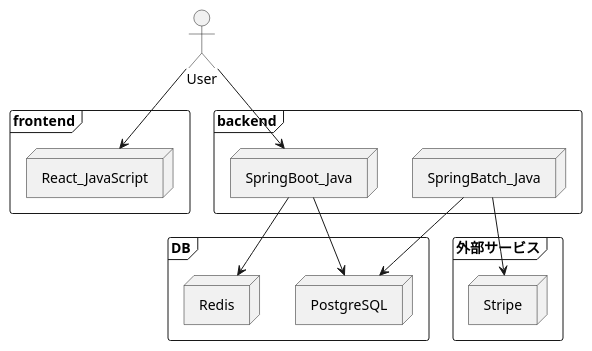
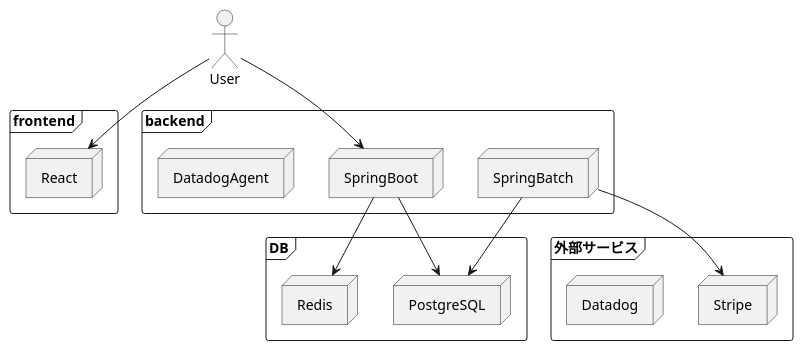
Before and after one commit to TAKAHIRO-03/GoodHabits_doc: the second of 2 diagrams in BD/bd.md, drawn with PlantUML. The commit also changed other lines of this file, not shown here.

````diff
--- a/BD/bd.md
+++ b/BD/bd.md
@@ -165,28 +172,30 @@
 ```plantuml
 actor User
 
 frame frontend {
-  node React_JavaScript
+  node React
 }
 
 frame backend {
-  node SpringBoot_Java
-  node SpringBatch_Java
+  node SpringBoot
+  node SpringBatch
+  node DatadogAgent
 }
 
 frame DB {
   node Redis
   node PostgreSQL
 }
 
 frame 外部サービス {
   node Stripe
+  node Datadog
 }
 
-User --> React_JavaScript
-User --> SpringBoot_Java
-SpringBoot_Java --> PostgreSQL
-SpringBoot_Java --> Redis
-SpringBatch_Java --> PostgreSQL
-SpringBatch_Java --> Stripe
+User --> React
+User --> SpringBoot
+SpringBoot --> PostgreSQL
+SpringBoot --> Redis
+SpringBatch --> PostgreSQL
+SpringBatch --> Stripe
 ```
````
